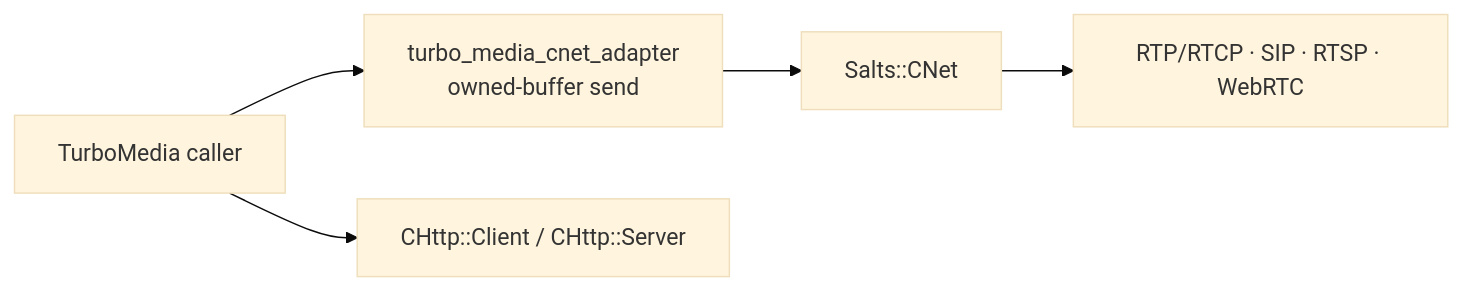
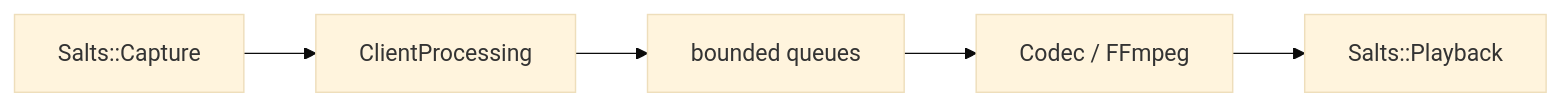
The second of 6 diagrams in ARCHITECTURE.md (qigao/turbomedia), drawn with Mermaid (base theme) before and after one commit. The commit also changed other lines of this file and 25 other files, not shown here.

First line of the commit message:
refactor: make TurboMedia build platform-capability based (#144)

````diff
--- a/ARCHITECTURE.md
+++ b/ARCHITECTURE.md
@@ -83,12 +82,10 @@
 ```mermaid
 flowchart LR
-  Caller["TurboMedia caller"]
-  Adapter["turbo_media_cnet_adapter\nowned-buffer send"]
-  CNet["Salts::CNet"]
-  CHttp["CHttp::Client / CHttp::Server"]
-  Proto["RTP/RTCP · SIP · RTSP · WebRTC"]
+  Capture["Salts::Capture"]
+  Processing["ClientProcessing"]
+  Queue["bounded queues"]
+  Codec["Codec / FFmpeg"]
+  Playback["Salts::Playback"]
 
-  Caller --> Adapter --> CNet
-  Caller --> CHttp
-  CNet --> Proto
+  Capture --> Processing --> Queue --> Codec --> Playback
 ```
````
